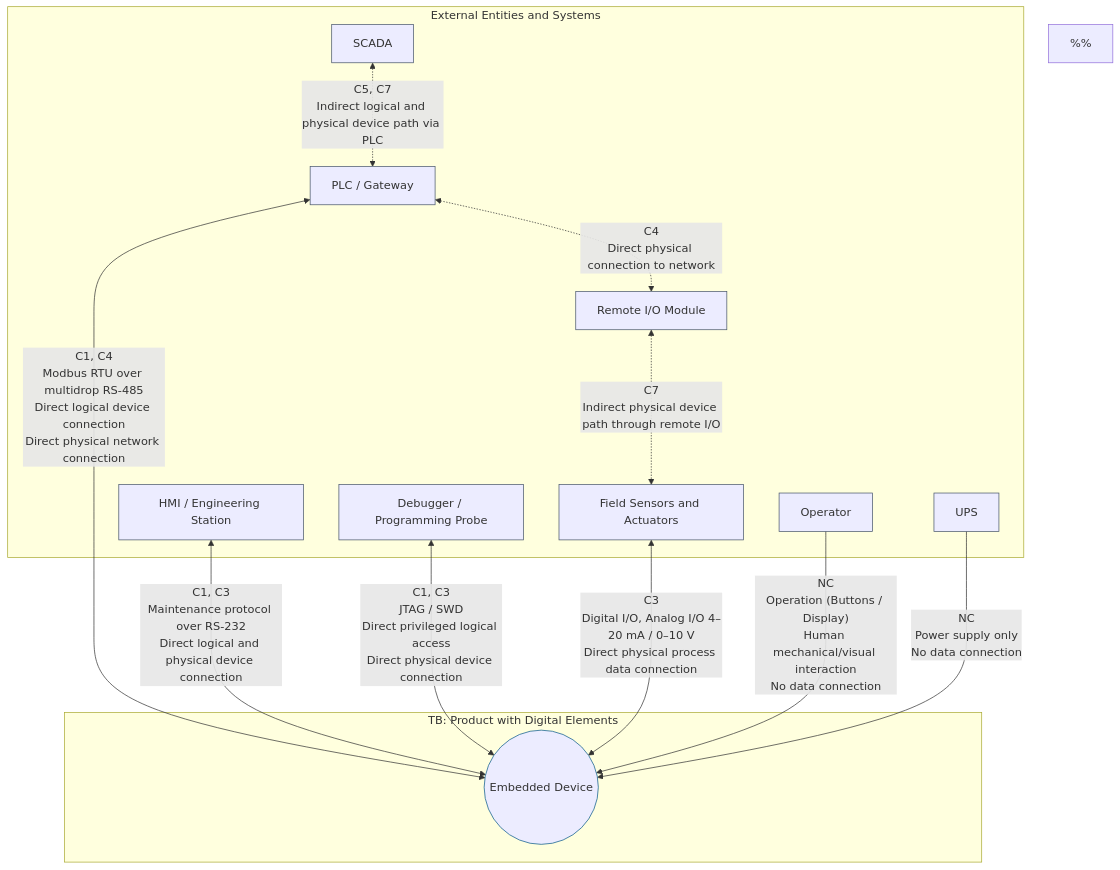
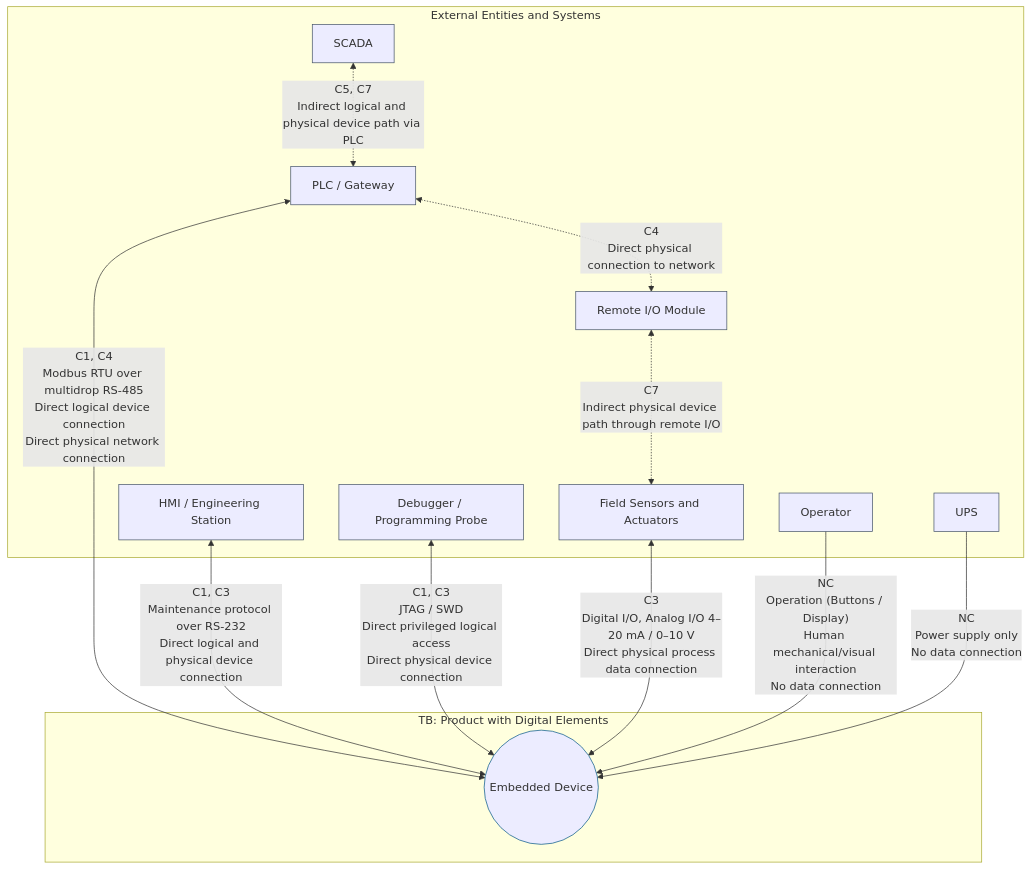
Before and after one commit to sentenz/skills: the first of 2 diagrams in skills/threat-modeling-ics/references/threat-depth-layers.md, drawn with Mermaid. The commit also changed other lines of this file, not shown here.

````diff
--- a/skills/threat-modeling-ics/references/threat-depth-layers.md
+++ b/skills/threat-modeling-ics/references/threat-depth-layers.md
@@ -47,72 +33,72 @@
 ```mermaid
 flowchart TD
     %% ============================================================
     %% Threat-model depth: Layer 0 — System context
-    %%
+    %% ------------------------------------------------------------
     %% The embedded product is represented as one process.
     %% Internal firmware, storage, buses, and components are omitted.
-    %%
+    %% ------------------------------------------------------------
     %% C1-C8 are engineering labels, not CRA statutory categories.
     %% ============================================================
 
     %% ------------------------------------------------------------
     %% External entities
     %% ------------------------------------------------------------
     subgraph EXT["External Entities and Systems"]
         SCADA["SCADA"]
         PLC["PLC / Gateway"]
         HMI["HMI / Engineering Station"]
         PROBE["Debugger / Programming Probe"]
         RIO["Remote I/O Module"]
         FIELD["Field Sensors and Actuators"]
         USER["Operator"]
         UPS["UPS"]
     end
 
     %% ------------------------------------------------------------
     %% Product boundary
     %% ------------------------------------------------------------
     subgraph TB["TB: Product with Digital Elements"]
         DEVICE(("Embedded Device"))
     end
 
     %% ============================================================
     %% Direct logical and physical connections
     %% ============================================================
 
     PLC <-->|"C1, C4<br/>Modbus RTU over multidrop RS-485<br/>Direct logical device connection<br/>Direct physical network connection"| DEVICE
 
     HMI <-->|"C1, C3<br/>Maintenance protocol over RS-232<br/>Direct logical and physical device connection"| DEVICE
 
     PROBE <-->|"C1, C3<br/>JTAG / SWD<br/>Direct privileged logical access<br/>Direct physical device connection"| DEVICE
 
     FIELD <-->|"C3<br/>Digital I/O, Analog I/O 4–20 mA / 0–10 V<br/>Direct physical process data connection"| DEVICE
 
     %% ============================================================
     %% Indirect logical and physical connections
     %% ============================================================
 
     SCADA <-.->|"C5, C7<br/>Indirect logical and physical device path via PLC"| PLC
 
     PLC <-.->|"C4<br/>Direct physical connection to network"| RIO
 
     RIO <-.->|"C7<br/>Indirect physical device path through remote I/O"| FIELD
 
     %% ============================================================
     %% Non-qualifying interactions
     %% ============================================================
 
     USER -->|"NC<br/>Operation (Buttons / Display)<br/>Human mechanical/visual interaction<br/>No data connection"| DEVICE
 
     UPS -->|"NC<br/>Power supply only<br/>No data connection"| DEVICE
 
     %% ============================================================
     %% Visual classification
     %% ============================================================
 
     classDef external stroke:#475569;
     classDef product stroke:#075985;
 
     class PLC,RIO,HMI,SCADA,PROBE,FIELD,USER,UPS external;
     class DEVICE product;
 ```
````
